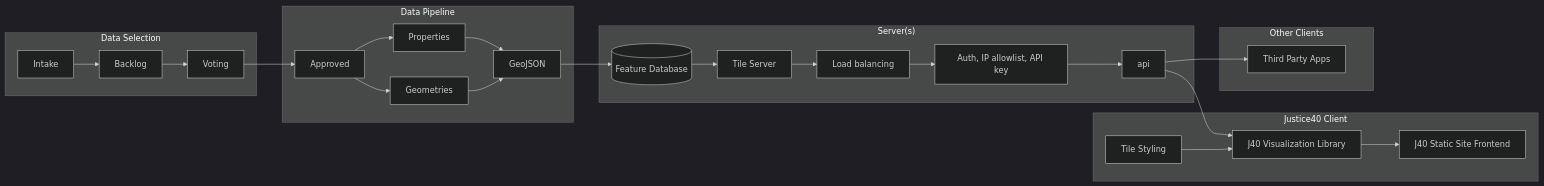
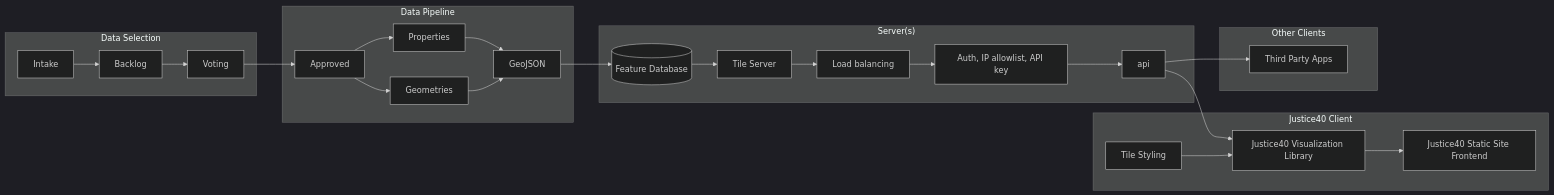
The diagram in docs/architecture/architecture.mmd (usds/justice40-tool), drawn with Mermaid (dark theme) before and after one commit.

Commit message:
Expanding acronym

```diff
--- a/docs/architecture/architecture.mmd
+++ b/docs/architecture/architecture.mmd
@@ -1,26 +1,26 @@
 graph LR
     subgraph ds["Data Selection"]
     Intake --> Backlog --> Voting
     end
     subgraph dp["Data Pipeline"]
     Voting --> Approved
     Approved --> Properties
     Approved --> Geometries
     Properties --> GeoJSON
     Geometries --> GeoJSON
     end
     subgraph s["Server(s)"]
     GeoJSON --> db[("Feature Database")]
     db --> tileserv["Tile Server"]
     tileserv --> lb["Load balancing"]
     lb --> auth["Auth, IP allowlist, API key"]
     auth --> api
     end
     subgraph j40["Justice40 Client"]
-    api --> vl["J40 Visualization Library"]
+    api --> vl["Justice40 Visualization Library"]
     ts["Tile Styling"] --> vl
-    vl --> fe["J40 Static Site Frontend"]
+    vl --> fe["Justice40 Static Site Frontend"]
     end
     subgraph oc["Other Clients"]
     api --> 3p["Third Party Apps"]
     end
```
